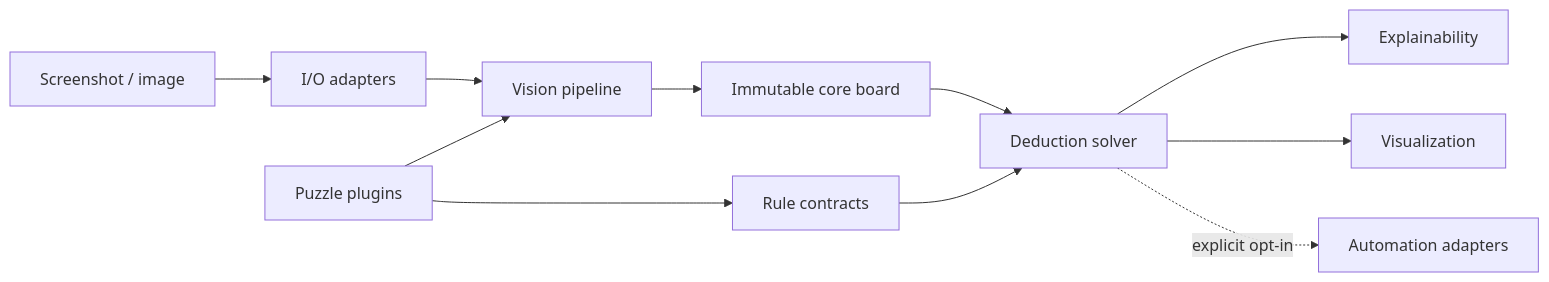
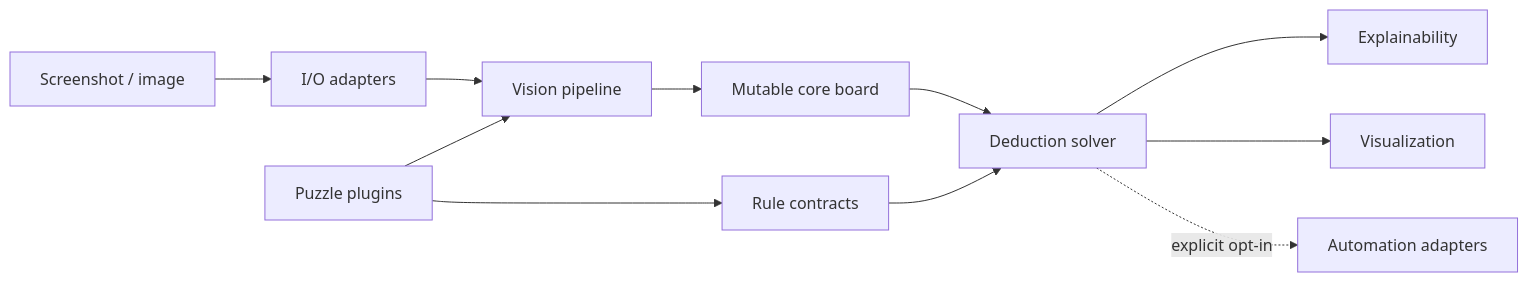
One commit to Bombowy/PuzzleMind changed the diagram in README.md. Above: the diagram before and after it, drawn with Mermaid. The commit also changed other lines of this file and 14 other files, not shown here.

Commit message:
Add safe mutable board state transitions

````diff
--- a/README.md
+++ b/README.md
@@ -24,13 +24,13 @@
 ```mermaid
 flowchart LR
     Input["Screenshot / image"] --> IO["I/O adapters"]
     IO --> Vision["Vision pipeline"]
-    Vision --> Core["Immutable core board"]
+    Vision --> Core["Mutable core board"]
     Plugins["Puzzle plugins"] --> Vision
     Plugins --> Rules["Rule contracts"]
     Core --> Solver["Deduction solver"]
     Rules --> Solver
     Solver --> Explain["Explainability"]
     Solver --> Visual["Visualization"]
     Solver -. explicit opt-in .-> Auto["Automation adapters"]
 ```
````
